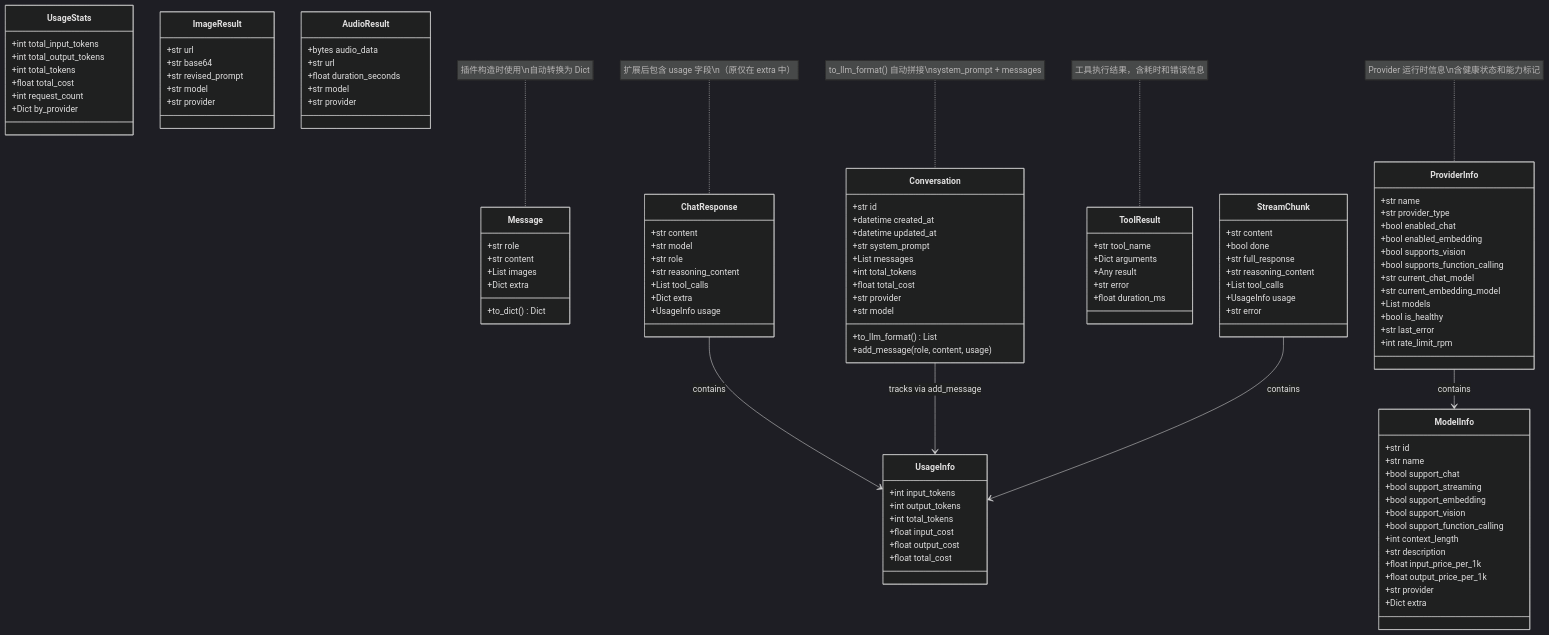
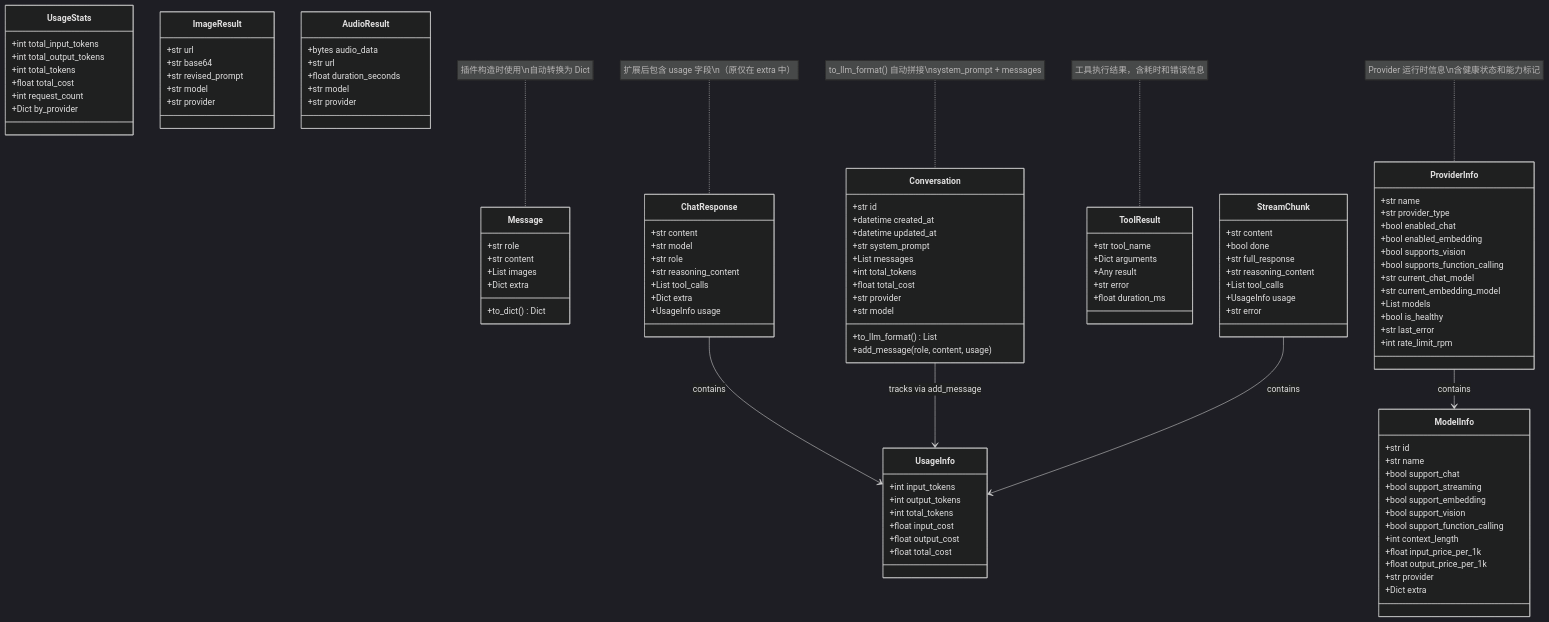
Before and after one commit to KKPIP-Tech/InstructionX: the first of 8 diagrams in docs/core/llm-provider/api-reference.md, drawn with Mermaid (dark theme). The commit also changed other lines of this file and 7 other files, not shown here.

```diff
--- a/docs/core/llm-provider/api-reference.md
+++ b/docs/core/llm-provider/api-reference.md
@@ -422,7 +422,6 @@
         +bool support_vision
         +bool support_function_calling
         +int context_length
-        +str description
         +float input_price_per_1k
         +float output_price_per_1k
         +str provider
```
